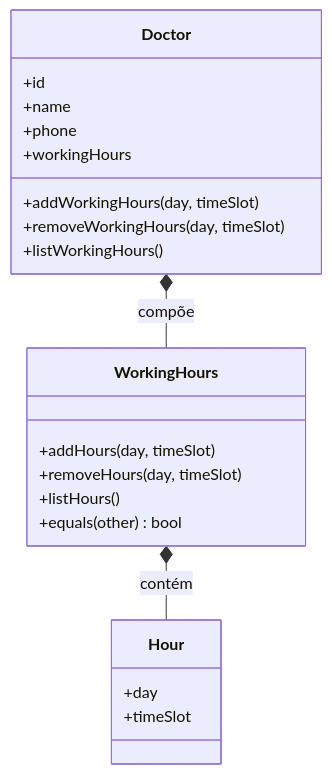
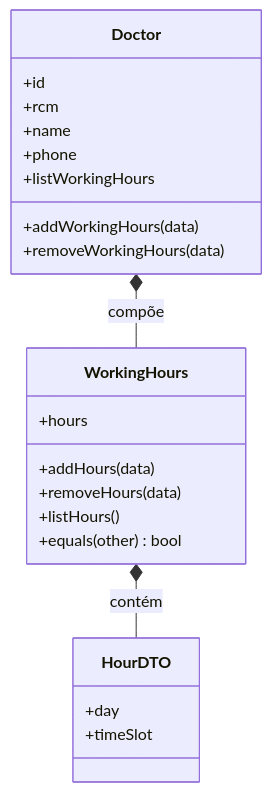
Before and after one commit to burn-c/arquitetura-de-software-fase-2: the second of 2 diagrams in docs/Estratégia e Inovação/Arquitetura de Software/4 - Entidades e Objetos de Valor/7 - Implementando Objetos de Valor - Parte 2.md, drawn with Mermaid. The commit also changed other lines of this file and 2 other files, not shown here.

Commit message:
docs(architecture): align value object notes with implementation

````diff
--- a/docs/Estratégia e Inovação/Arquitetura de Software/4 - Entidades e Objetos de Valor/7 - Implementando Objetos de Valor - Parte 2.md
+++ b/docs/Estratégia e Inovação/Arquitetura de Software/4 - Entidades e Objetos de Valor/7 - Implementando Objetos de Valor - Parte 2.md
@@ -153,25 +193,26 @@
 ```mermaid
 classDiagram
     class Doctor {
         +id
+        +rcm
         +name
         +phone
-        +workingHours
-        +addWorkingHours(day, timeSlot)
-        +removeWorkingHours(day, timeSlot)
-        +listWorkingHours()
+        +addWorkingHours(data)
+        +removeWorkingHours(data)
+        +listWorkingHours
     }
     class WorkingHours {
-        +addHours(day, timeSlot)
-        +removeHours(day, timeSlot)
+        +hours
+        +addHours(data)
+        +removeHours(data)
         +listHours()
         +equals(other) bool
     }
-    class Hour {
+    class HourDTO {
         +day
         +timeSlot
     }
 
     Doctor *-- WorkingHours : compõe
-    WorkingHours *-- Hour : contém
+    WorkingHours *-- HourDTO : contém
 ```
````
